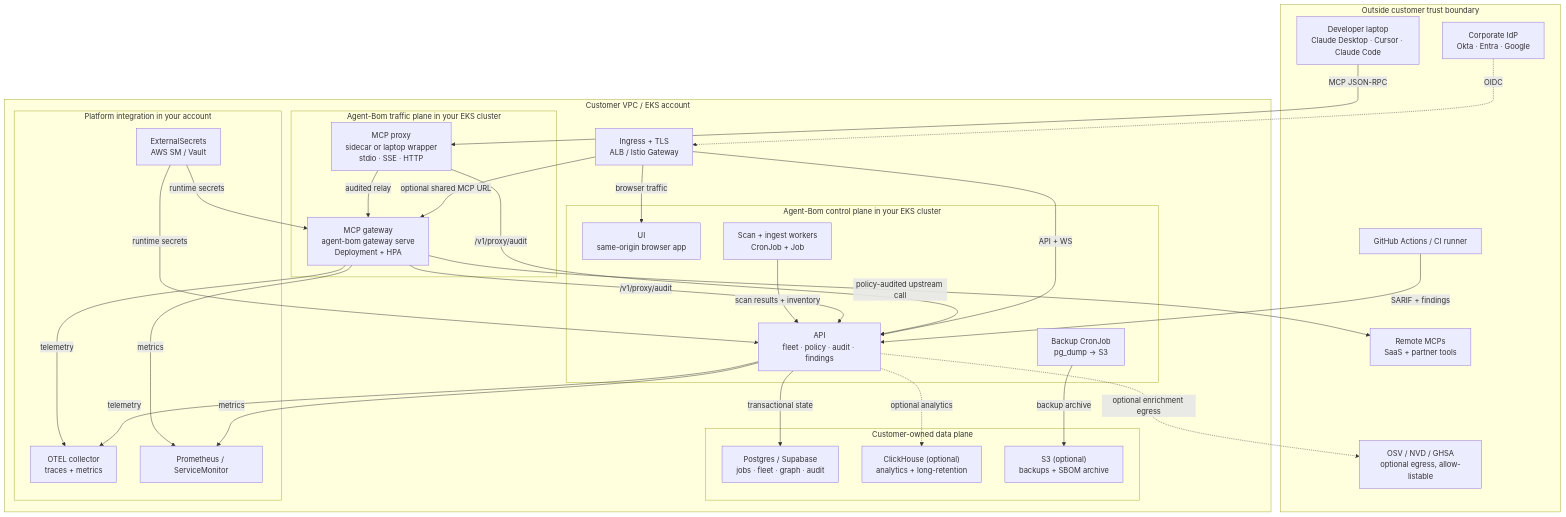
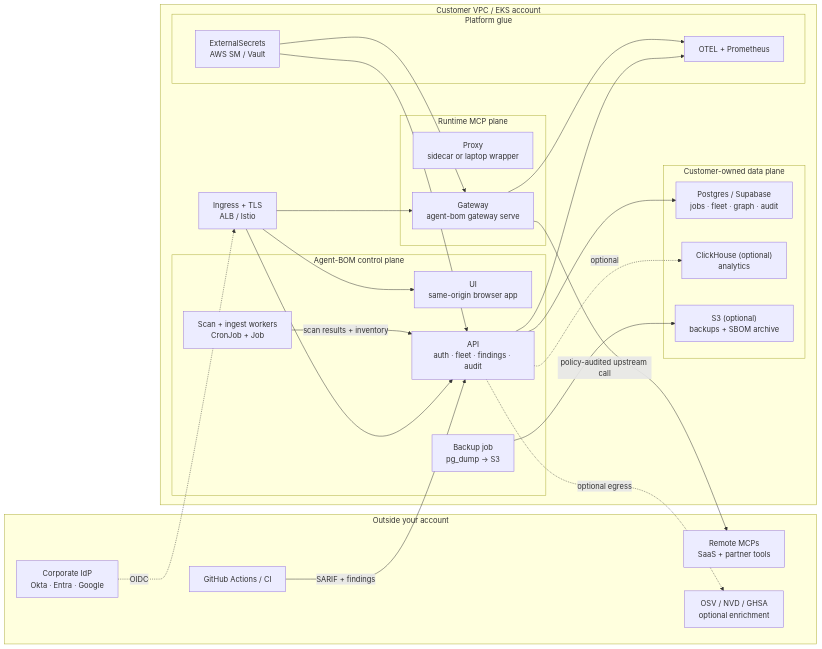
One commit to msaad00/agent-bom changed the first of 6 diagrams in README.md. Above: the diagram before and after it, drawn with Mermaid. The commit also changed other lines of this file and 7 other files, not shown here.

Commit message:
[codex] add hosted product spec and split deployment diagrams

````diff
--- a/README.md
+++ b/README.md
@@ -165,64 +165,52 @@
 ```mermaid
-flowchart TB
-    subgraph outside["Outside customer trust boundary"]
+flowchart LR
+    subgraph outside["Outside your account"]
       idp["Corporate IdP<br/>Okta · Entra · Google"]
-      dev["Developer laptop<br/>Claude Desktop · Cursor · Claude Code"]
-      gh["GitHub Actions / CI runner"]
+      ci["GitHub Actions / CI"]
       remote["Remote MCPs<br/>SaaS + partner tools"]
-      osv["OSV / NVD / GHSA<br/>optional egress, allow-listable"]
+      osv["OSV / NVD / GHSA<br/>optional enrichment"]
     end
 
-    subgraph vpc["Customer VPC / EKS account"]
-      ingress["Ingress + TLS<br/>ALB / Istio Gateway"]
+    subgraph customer["Customer VPC / EKS account"]
+      ingress["Ingress + TLS<br/>ALB / Istio"]
 
-      subgraph traffic["Agent-Bom traffic plane in your EKS cluster"]
-        px["MCP proxy<br/>sidecar or laptop wrapper<br/>stdio · SSE · HTTP"]
-        gw["MCP gateway<br/>agent-bom gateway serve<br/>Deployment + HPA"]
+      subgraph control["Agent-BOM control plane"]
+        ui["UI<br/>same-origin browser app"]
+        api["API<br/>auth · fleet · findings · audit"]
+        jobs["Scan + ingest workers<br/>CronJob + Job"]
+        backup["Backup job<br/>pg_dump -> S3"]
       end
 
-      subgraph control["Agent-Bom control plane in your EKS cluster"]
-        ui["UI<br/>same-origin browser app"]
-        api["API<br/>fleet · policy · audit · findings"]
-        jobs["Scan + ingest workers<br/>CronJob + Job"]
-        backup["Backup CronJob<br/>pg_dump -> S3"]
+      subgraph runtime["Runtime MCP plane"]
+        proxy["Proxy<br/>sidecar or laptop wrapper"]
+        gateway["Gateway<br/>agent-bom gateway serve"]
       end
 
       subgraph data["Customer-owned data plane"]
         pg["Postgres / Supabase<br/>jobs · fleet · graph · audit"]
-        ch["ClickHouse (optional)<br/>analytics + long-retention"]
+        ch["ClickHouse (optional)<br/>analytics"]
         s3["S3 (optional)<br/>backups + SBOM archive"]
       end
 
-      subgraph platform["Platform integration in your account"]
-        es["ExternalSecrets<br/>AWS SM / Vault"]
-        otel["OTEL collector<br/>traces + metrics"]
-        prom["Prometheus / ServiceMonitor"]
+      subgraph ops["Platform glue"]
+        secrets["ExternalSecrets<br/>AWS SM / Vault"]
+        metrics["OTEL + Prometheus"]
       end
     end
 
     idp -. OIDC .-> ingress
-    ingress -->|"browser traffic"| ui
-    ingress -->|"API + WS"| api
-    ingress -->|"optional shared MCP URL"| gw
-
-    dev -->|"MCP JSON-RPC"| px
-    px -->|"audited relay"| gw
-    gw -->|"policy-audited upstream call"| remote
-    px -->|"/v1/proxy/audit"| api
-    gw -->|"/v1/proxy/audit"| api
-
-    gh -->|"SARIF + findings"| api
+    ingress --> ui
+    ingress --> api
+    ingress --> gateway
+    ci -->|"SARIF + findings"| api
     jobs -->|"scan results + inventory"| api
-
-    api -->|"transactional state"| pg
-    api -. "optional analytics" .-> ch
-    backup -->|"backup archive"| s3
-
-    es -->|"runtime secrets"| api
-    es -->|"runtime secrets"| gw
-    api -->|"telemetry"| otel
-    gw -->|"telemetry"| otel
-    api -->|"metrics"| prom
-    gw -->|"metrics"| prom
-    api -. "optional enrichment egress" .-> osv
+    api --> pg
+    api -. optional .-> ch
+    backup --> s3
+    secrets --> api
+    secrets --> gateway
+    api --> metrics
+    gateway --> metrics
+    gateway -->|"policy-audited upstream call"| remote
+    api -. optional egress .-> osv
 ```
````
